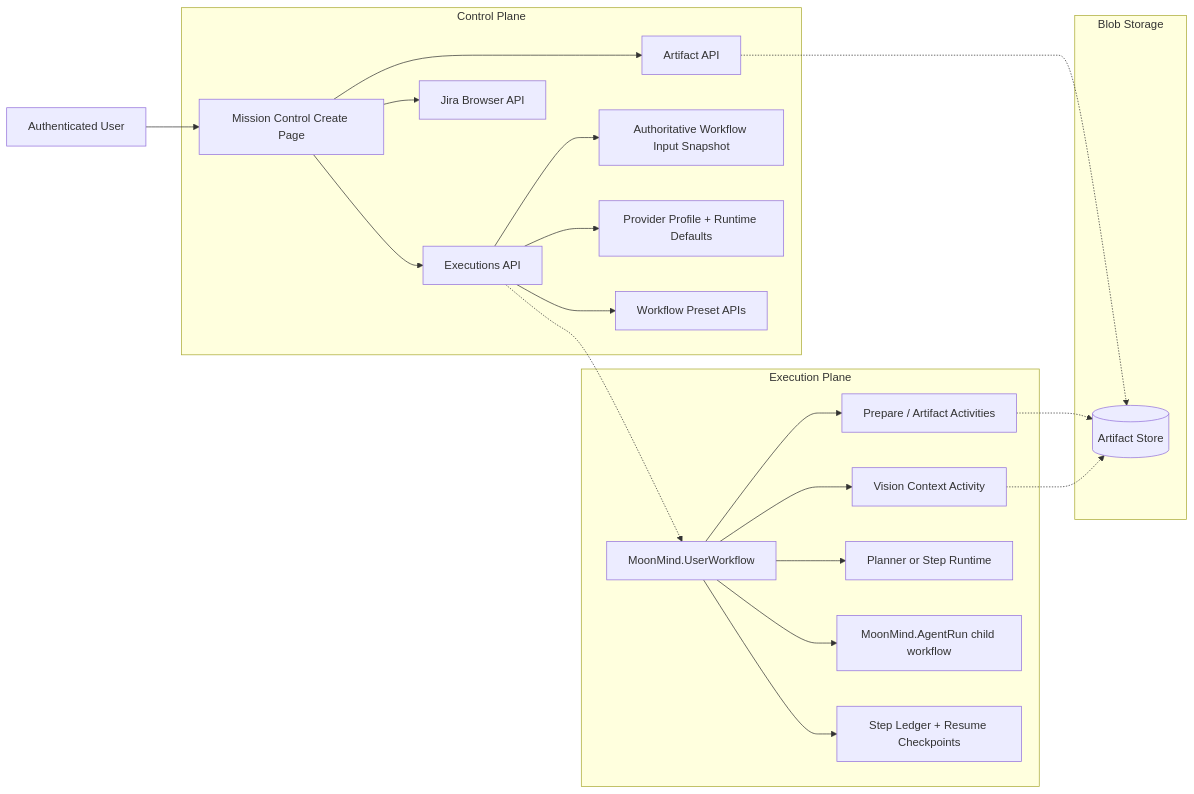
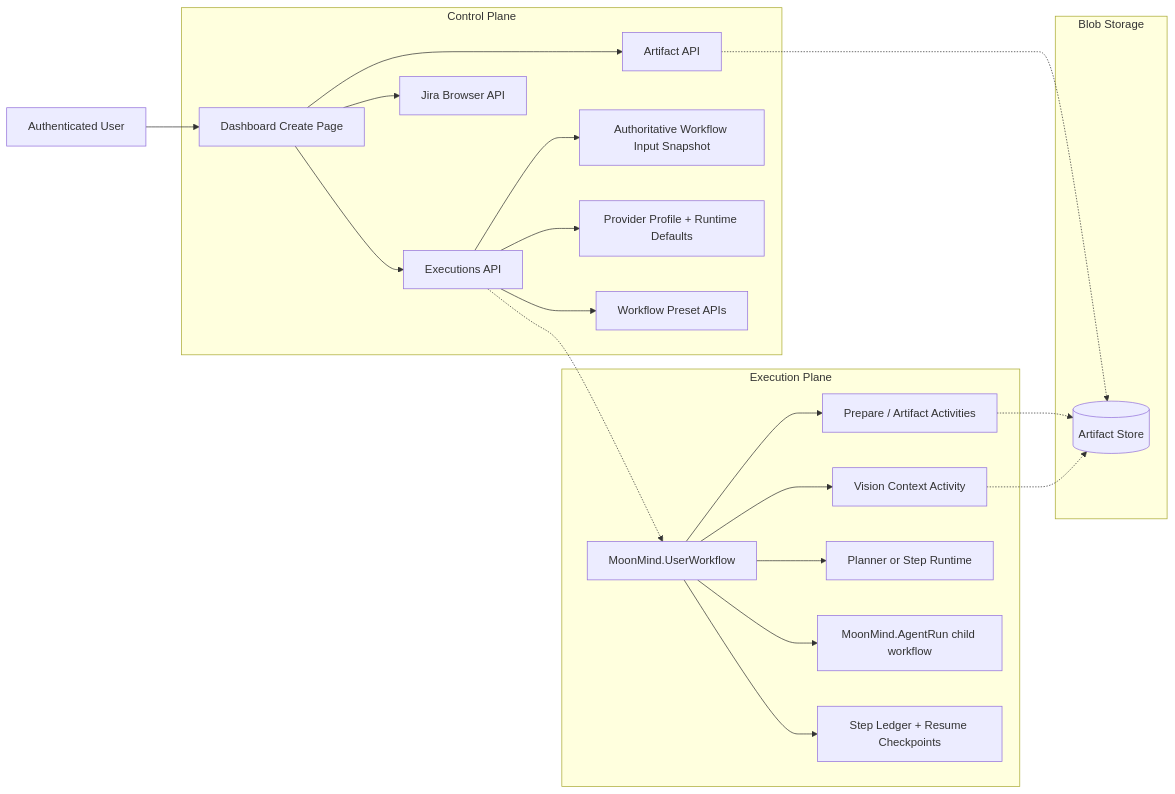
Before and after one commit to MoonLadderStudios/MoonMind: the diagram in docs/Workflows/WorkflowArchitecture.md, drawn with Mermaid. The commit also changed other lines of this file and 121 other files, not shown here.

````diff
--- a/docs/Workflows/WorkflowArchitecture.md
+++ b/docs/Workflows/WorkflowArchitecture.md
@@ -117,28 +117,28 @@
 ```mermaid
 flowchart LR
-    U[Authenticated User] --> UI[Mission Control Create Page]
+    U[Authenticated User] --> UI[Dashboard Create Page]
 
     subgraph Control Plane
         UI --> API[Executions API]
         UI --> ART[Artifact API]
         UI --> JIRA[Jira Browser API]
         API --> SNAP[Authoritative Workflow Input Snapshot]
         API --> PROF[Provider Profile + Runtime Defaults]
         API --> PRESETS[Workflow Preset APIs]
     end
 
     subgraph Execution Plane
         API -.-> RUN[MoonMind.UserWorkflow]
         RUN --> PREP[Prepare / Artifact Activities]
         RUN --> VISION[Vision Context Activity]
         RUN --> STEP[Planner or Step Runtime]
         RUN --> CHILD[MoonMind.AgentRun child workflow]
         RUN --> CKPT[Step Ledger + Resume Checkpoints]
     end
 
     subgraph Blob Storage
         ART -.-> S3[(Artifact Store)]
         PREP -.-> S3
         VISION -.-> S3
     end
 ```
````
